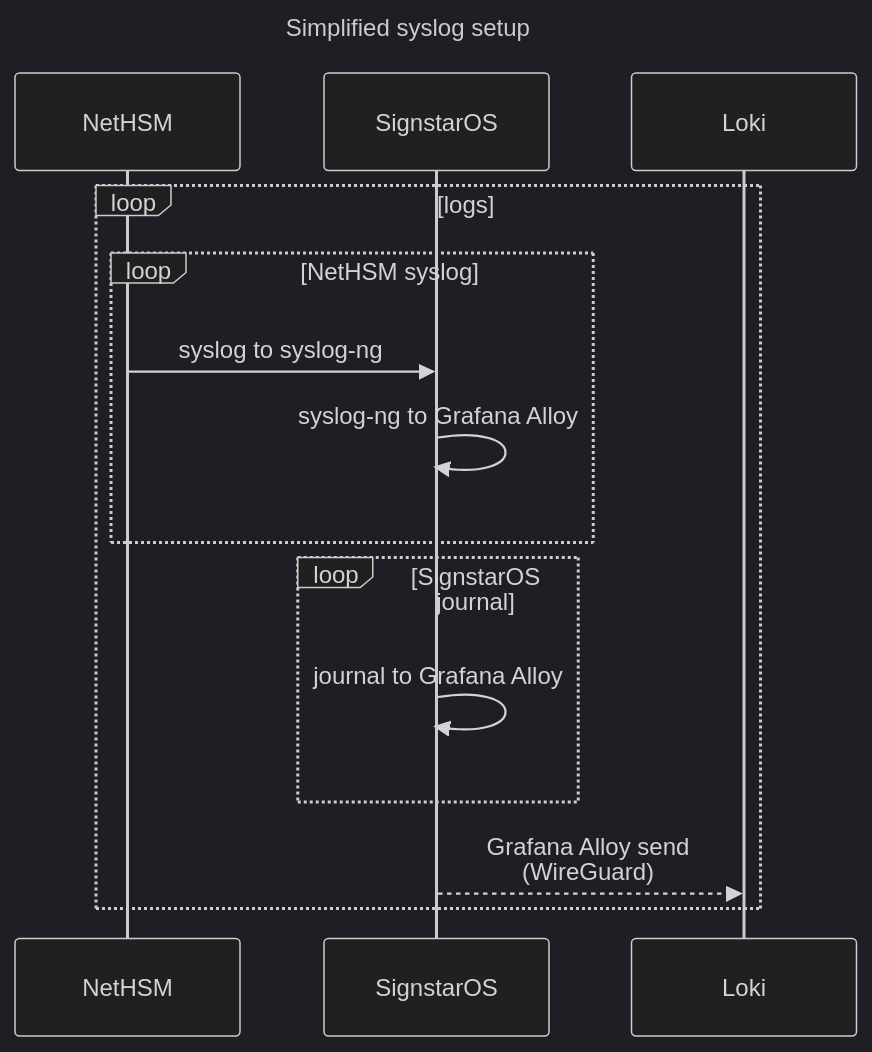
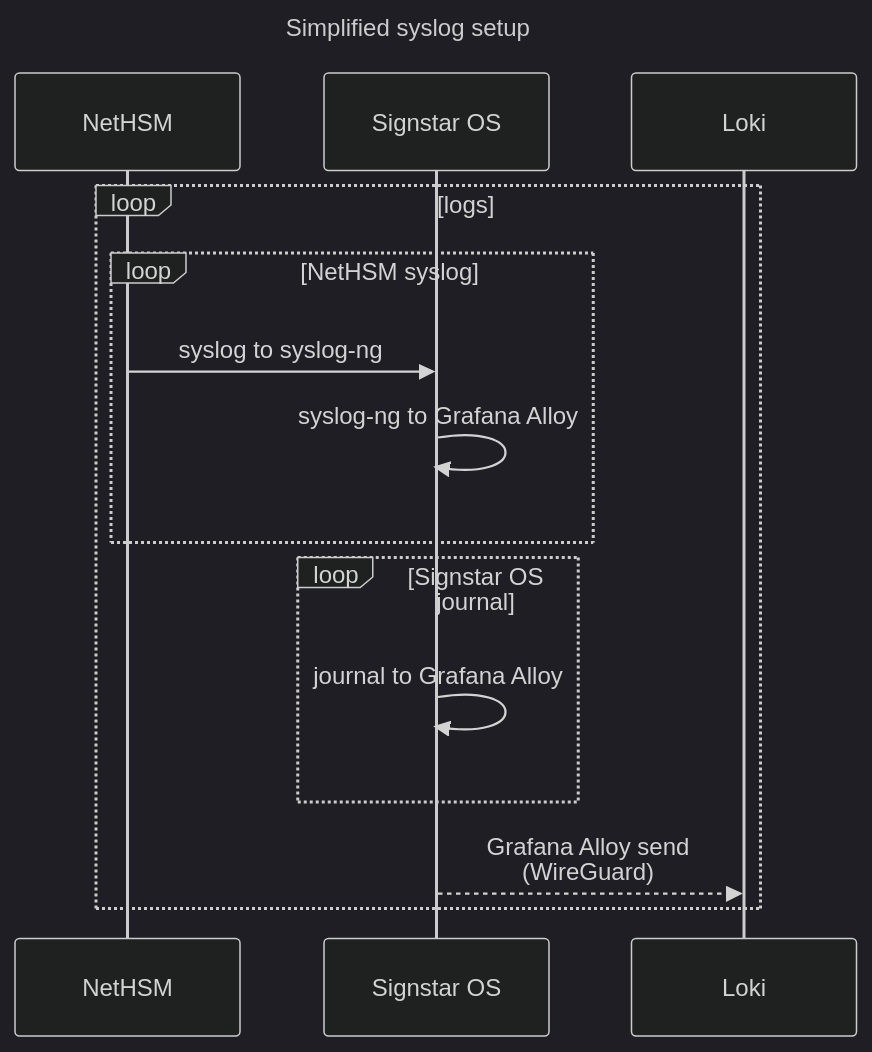
One commit to archlinux/signstar changed the third of 9 diagrams in resources/docs/design.md. Above: the diagram before and after it, drawn with Mermaid (dark theme). The commit also changed other lines of this file and 42 other files, not shown here.

````diff
--- a/resources/docs/design.md
+++ b/resources/docs/design.md
@@ -141,20 +141,20 @@
 ```mermaid
 ---
 title: Simplified syslog setup
 ---
 sequenceDiagram
     participant N as NetHSM
-    participant S as SignstarOS
+    participant S as Signstar OS
     participant L as Loki
 
     loop logs
         loop NetHSM syslog
             N ->> S: syslog to syslog-ng
             S ->> S: syslog-ng to Grafana Alloy
         end
-        loop SignstarOS journal
+        loop Signstar OS journal
             S ->> S: journal to Grafana Alloy
         end
         S -->> L: Grafana Alloy send<br>(WireGuard)
     end
 ```
````
